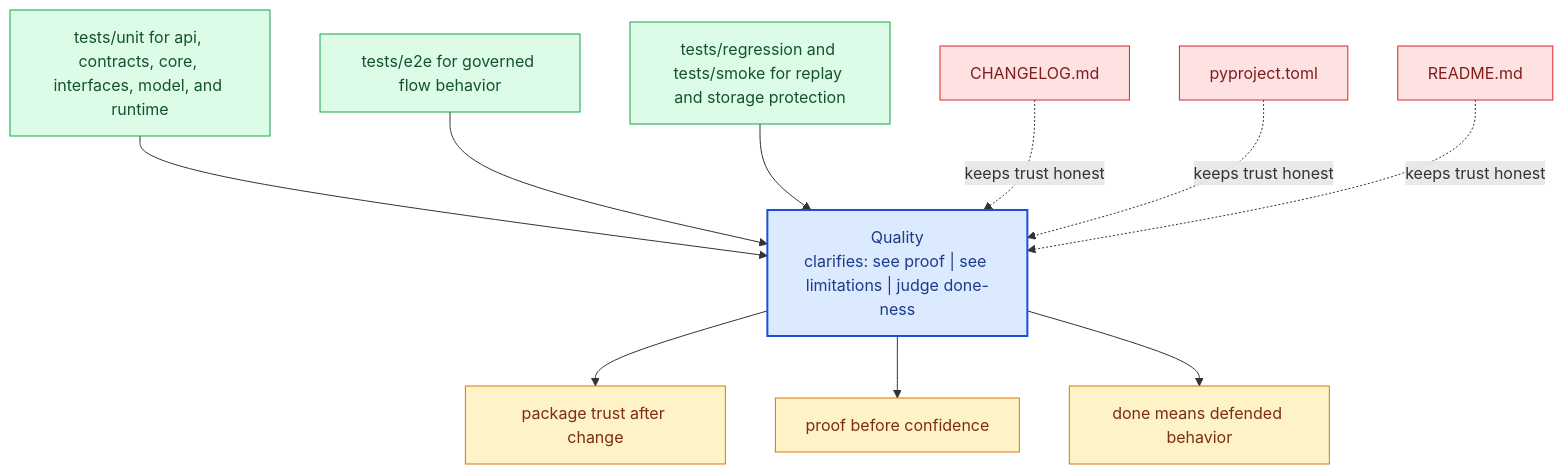
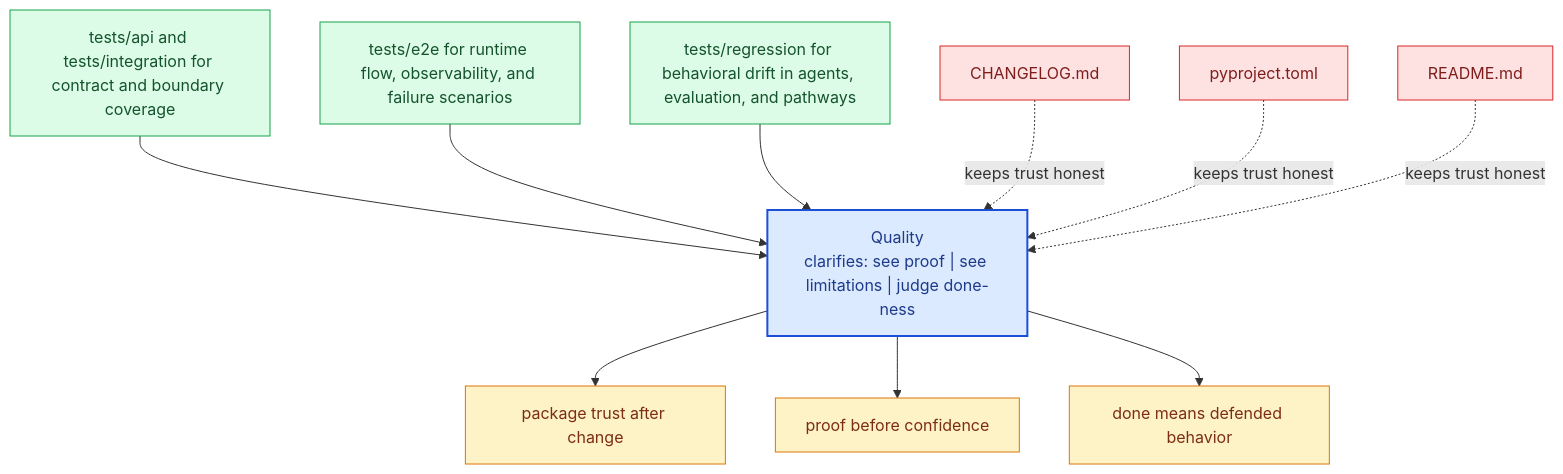
Before and after one commit to bijux/bijux-proteomics: the diagram in docs/agentic-proteins/quality/index.md, drawn with Mermaid. The commit also changed other lines of this file, not shown here.

Commit message:
docs(agentic-quality): ground proof model in actual test suites

````diff
--- a/docs/agentic-proteins/quality/index.md
+++ b/docs/agentic-proteins/quality/index.md
@@ -20,31 +20,31 @@
 ```mermaid
 flowchart TB
     page["Quality<br/>clarifies: see proof | see limitations | judge done-ness"]
     classDef page fill:#dbeafe,stroke:#1d4ed8,color:#1e3a8a,stroke-width:2px;
     classDef positive fill:#dcfce7,stroke:#16a34a,color:#14532d;
     classDef caution fill:#fee2e2,stroke:#dc2626,color:#7f1d1d;
     classDef anchor fill:#ede9fe,stroke:#7c3aed,color:#4c1d95;
     classDef action fill:#fef3c7,stroke:#d97706,color:#7c2d12;
-    proof1["tests/unit for api, contracts, core, interfaces, model, and runtime"]
+    proof1["tests/api and tests/integration for contract and boundary coverage"]
     proof1 --> page
-    proof2["tests/e2e for governed flow behavior"]
+    proof2["tests/e2e for runtime flow, observability, and failure scenarios"]
     proof2 --> page
-    proof3["tests/regression and tests/smoke for replay and storage protection"]
+    proof3["tests/regression for behavioral drift in agents, evaluation, and pathways"]
     proof3 --> page
     risk1["CHANGELOG.md"]
     risk1 -.keeps trust honest.-> page
     risk2["pyproject.toml"]
     risk2 -.keeps trust honest.-> page
     risk3["README.md"]
     risk3 -.keeps trust honest.-> page
     bar1["package trust after change"]
     page --> bar1
     bar2["proof before confidence"]
     page --> bar2
     bar3["done means defended behavior"]
     page --> bar3
     class page page;
     class proof1,proof2,proof3 positive;
     class risk1,risk2,risk3 caution;
     class bar1,bar2,bar3 action;
 ```
````
